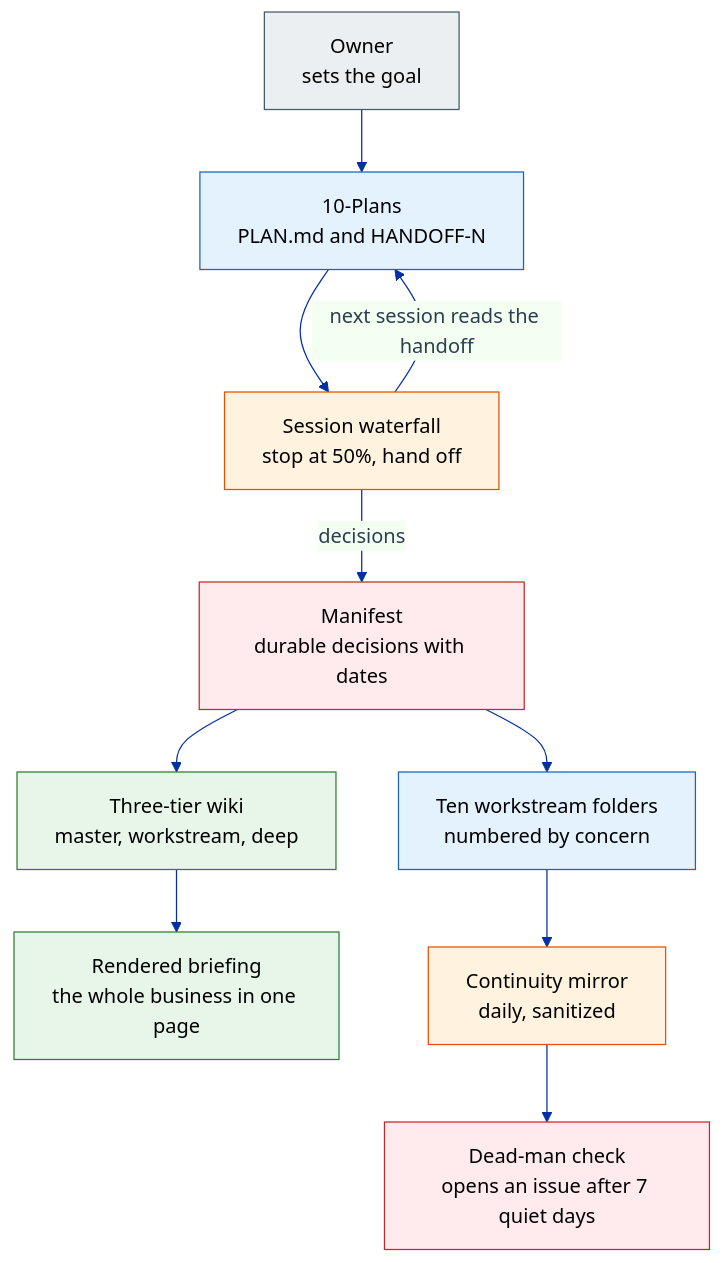
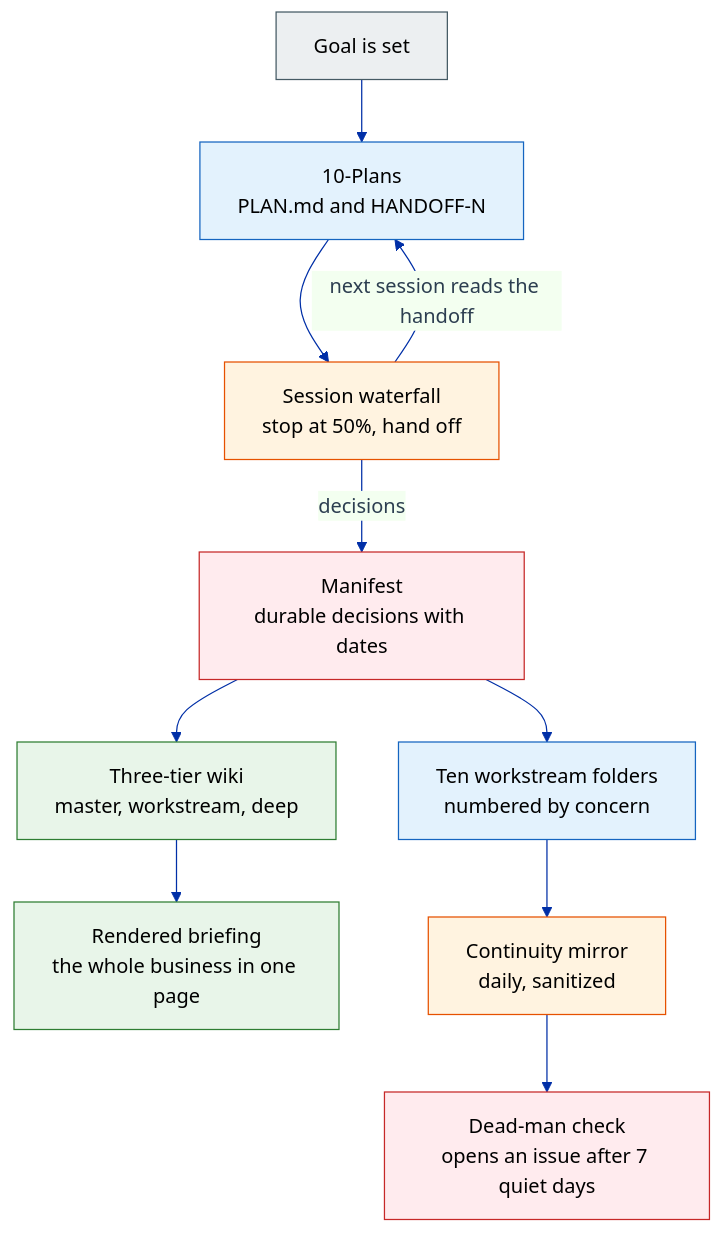
One commit to mmentzerhernandez/global_experience changed the diagram in diagrams/operating-loop.mmd. Above: the diagram before and after it, drawn with Mermaid. The commit also changed 6 other files, not shown here.

```diff
--- a/diagrams/operating-loop.mmd
+++ b/diagrams/operating-loop.mmd
@@ -1,36 +1,36 @@
 ---
 config:
   theme: base
   themeVariables:
     primaryColor: "#f0f3ff"
     primaryBorderColor: "#002fa7"
     primaryTextColor: "#2c3e50"
     lineColor: "#002fa7"
     fontFamily: "-apple-system,BlinkMacSystemFont,Segoe UI,Roboto,sans-serif"
 ---
 flowchart TD
-    OWNER["Owner<br/>sets the goal"]:::people
+    OWNER["Goal is set"]:::people
     PLANS["10-Plans<br/>PLAN.md and HANDOFF-N"]:::access
     WATERFALL["Session waterfall<br/>stop at 50%, hand off"]:::enforce
     MANIFEST["Manifest<br/>durable decisions with dates"]:::report
     WIKI["Three-tier wiki<br/>master, workstream, deep"]:::course
     BRIEFING["Rendered briefing<br/>the whole business in one page"]:::course
     WORK["Ten workstream folders<br/>numbered by concern"]:::access
     MIRROR["Continuity mirror<br/>daily, sanitized"]:::enforce
     DEADMAN["Dead-man check<br/>opens an issue after 7 quiet days"]:::report
 
     OWNER --> PLANS
     PLANS --> WATERFALL
     WATERFALL -->|"decisions"| MANIFEST
     WATERFALL -->|"next session reads the handoff"| PLANS
     MANIFEST --> WIKI
     MANIFEST --> WORK
     WIKI --> BRIEFING
     WORK --> MIRROR
     MIRROR --> DEADMAN
 
     classDef people fill:#ECEFF1,stroke:#455A64,color:#000000
     classDef access fill:#E3F2FD,stroke:#1565C0,color:#000000
     classDef course fill:#E8F5E9,stroke:#2E7D32,color:#000000
     classDef enforce fill:#FFF3E0,stroke:#E65100,color:#000000
     classDef report fill:#FFEBEE,stroke:#C62828,color:#000000
```
